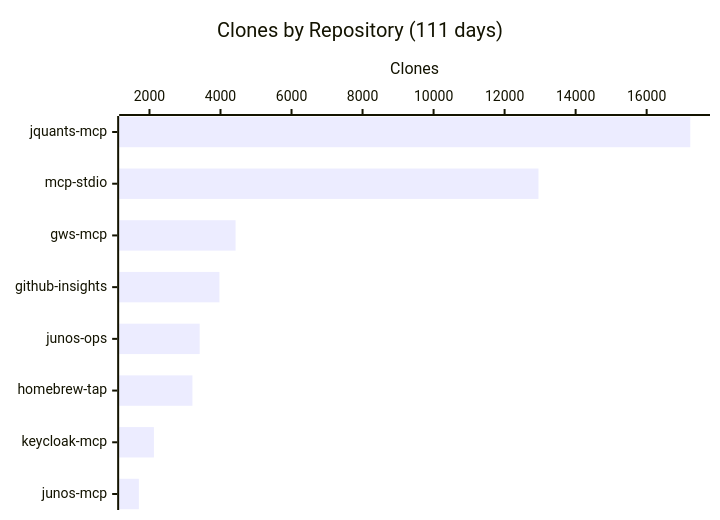
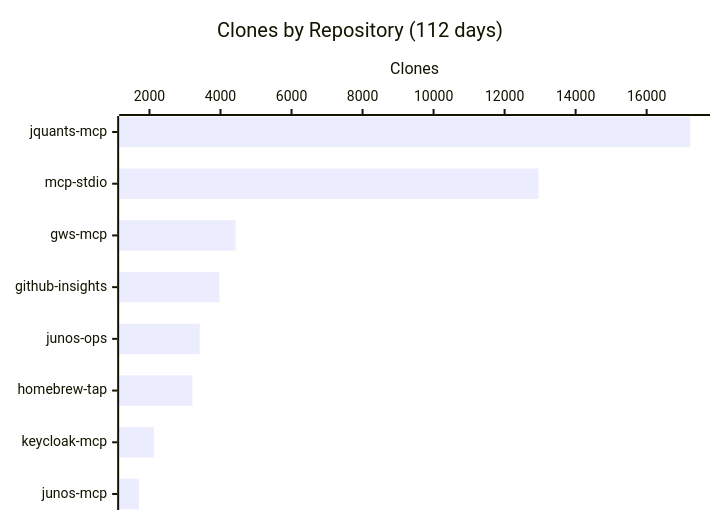
One commit to shigechika/github-insights changed the fourth of 4 diagrams in README.md. Above: the diagram before and after it, drawn with Mermaid. The commit also changed other lines of this file and 2 other files, not shown here.

````diff
--- a/README.md
+++ b/README.md
@@ -58,7 +58,7 @@
 ```mermaid
 xychart-beta horizontal
-    title "Clones by Repository (111 days)"
+    title "Clones by Repository (112 days)"
     x-axis ["jquants-mcp", "mcp-stdio", "gws-mcp", "github-insights", "junos-ops", "homebrew-tap", "keycloak-mcp", "junos-mcp"]
     y-axis "Clones"
     bar [17228, 12954, 4424, 3970, 3414, 3209, 2125, 1702]
 ```
````
